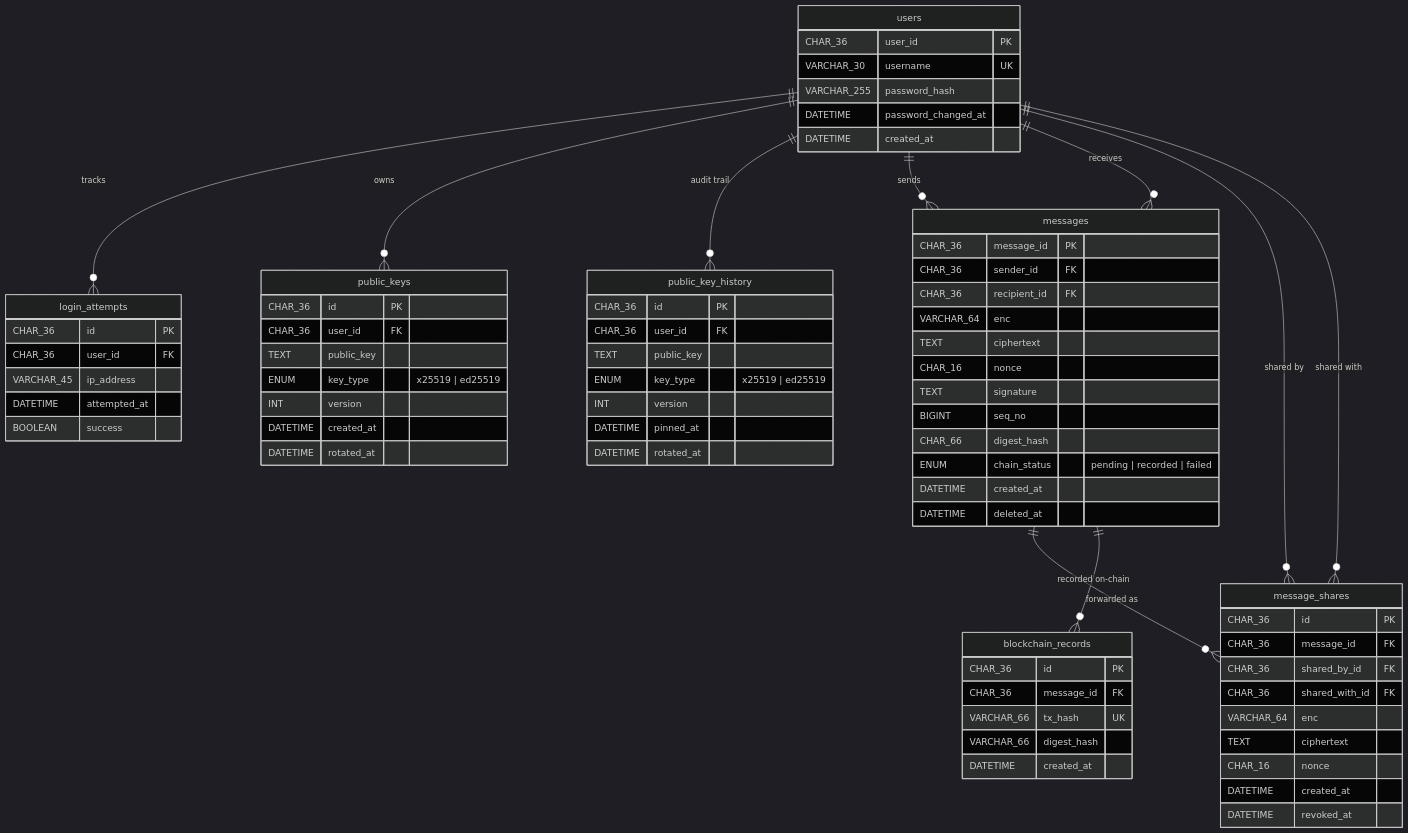
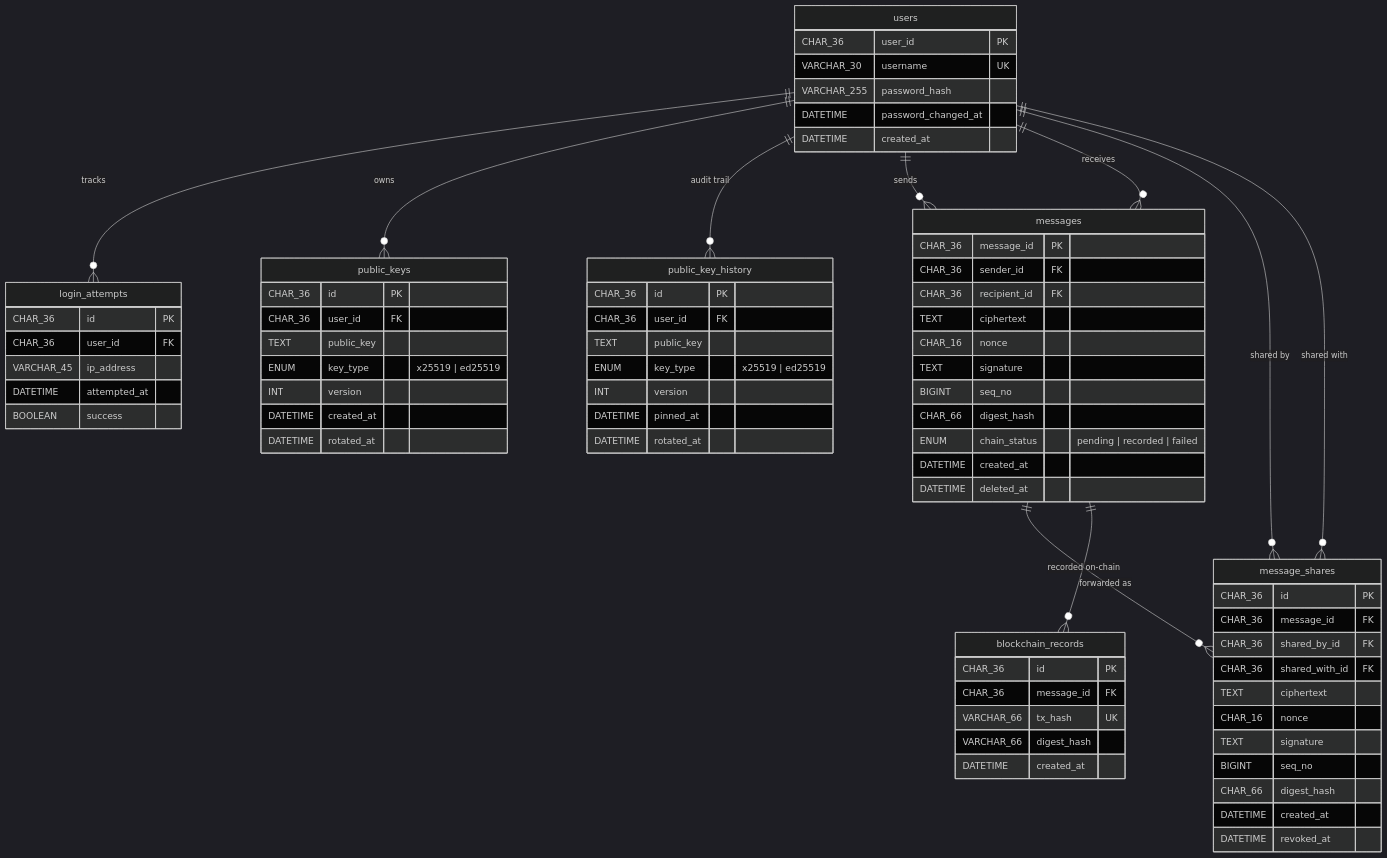
One commit to harrykikkers/cs4455-epic changed the diagram in backend/README.md. Above: the diagram before and after it, drawn with Mermaid (dark theme). The commit also changed other lines of this file and 1 other file, not shown here.

```diff
--- a/backend/README.md
+++ b/backend/README.md
@@ -212,7 +212,6 @@
         CHAR_36 message_id PK
         CHAR_36 sender_id FK
         CHAR_36 recipient_id FK
-        VARCHAR_64 enc
         TEXT ciphertext
         CHAR_16 nonce
         TEXT signature
@@ -228,9 +227,11 @@
         CHAR_36 message_id FK
         CHAR_36 shared_by_id FK
         CHAR_36 shared_with_id FK
-        VARCHAR_64 enc
         TEXT ciphertext
         CHAR_16 nonce
+        TEXT signature
+        BIGINT seq_no
+        CHAR_66 digest_hash
         DATETIME created_at
         DATETIME revoked_at
     }
```
